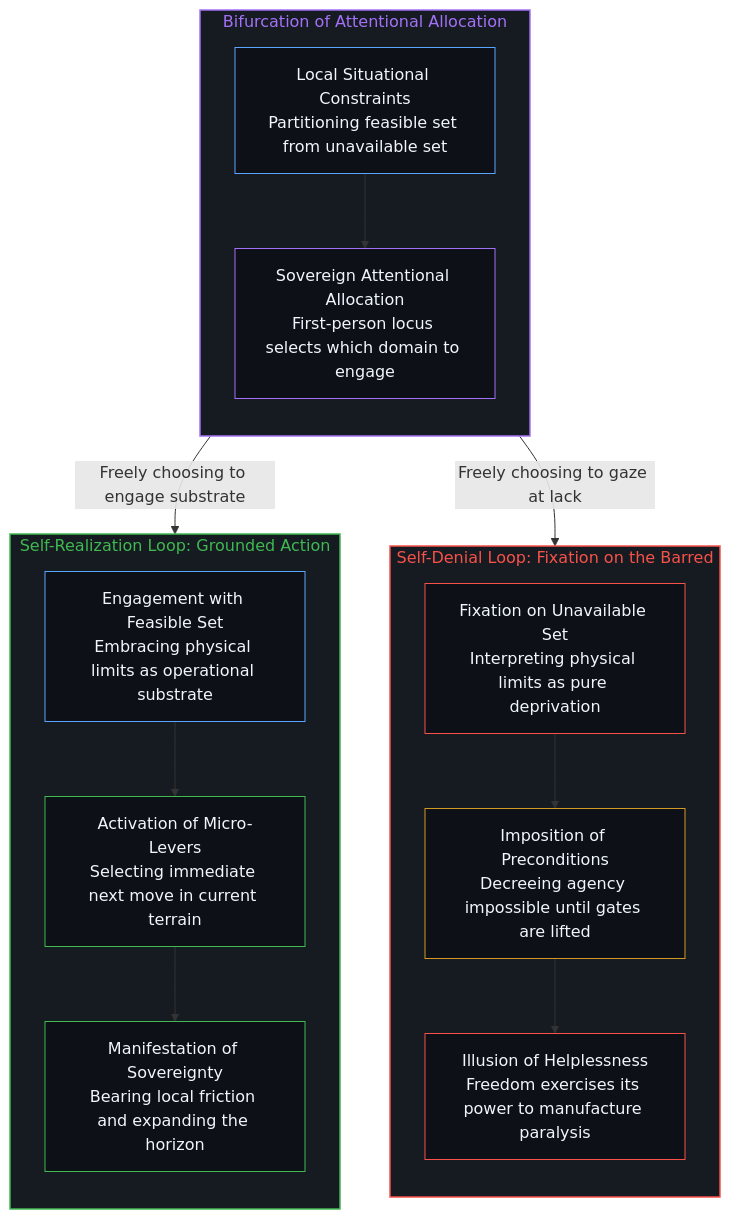
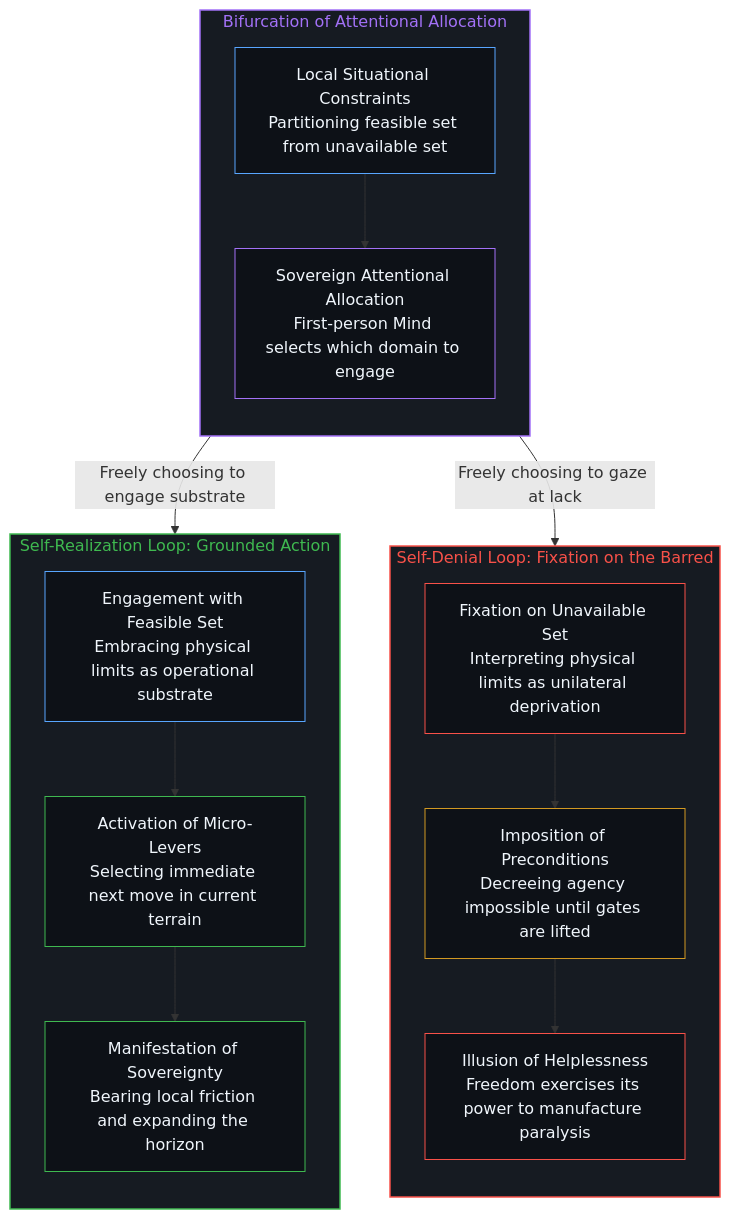
One commit to powerpig99/not-a-toe changed the fourth of 4 diagrams in content/posts/the-substrate-of-constraint-and-the-self-denial-of-freedom.md. Above: the diagram before and after it, drawn with Mermaid. The commit also changed other lines of this file and 2 other files, not shown here.

Commit message:
Deep Sleep Batch 12: consolidate the-fermi-paradox-reified-agency-and-the-great-filter & the-substrate-of-constraint-and-the-self-denial-of-freedom

````diff
--- a/content/posts/the-substrate-of-constraint-and-the-self-denial-of-freedom.md
+++ b/content/posts/the-substrate-of-constraint-and-the-self-denial-of-freedom.md
@@ -135,35 +122,30 @@
 ```mermaid
 graph TD
     subgraph S_Bifurcation ["Bifurcation of Attentional Allocation"]
         direction TB
-        B1["Local Situational Constraints<br/>Partitioning feasible set from unavailable set"] --> B2["Sovereign Attentional Allocation<br/>First-person locus selects which domain to engage"]
+        B1["Local Situational Constraints<br/>Partitioning feasible set from unavailable set"] --> B2["Sovereign Attentional Allocation<br/>First-person Mind selects which domain to engage"]
     end
-
     subgraph S_SelfDenial ["Self-Denial Loop: Fixation on the Barred"]
         direction TB
-        D1["Fixation on Unavailable Set<br/>Interpreting physical limits as pure deprivation"] --> D2["Imposition of Preconditions<br/>Decreeing agency impossible until gates are lifted"]
+        D1["Fixation on Unavailable Set<br/>Interpreting physical limits as unilateral deprivation"] --> D2["Imposition of Preconditions<br/>Decreeing agency impossible until gates are lifted"]
         D2 --> D3["Illusion of Helplessness<br/>Freedom exercises its power to manufacture paralysis"]
     end
-
     subgraph S_SelfRealization ["Self-Realization Loop: Grounded Action"]
         direction TB
         R1["Engagement with Feasible Set<br/>Embracing physical limits as operational substrate"] --> R2["Activation of Micro-Levers<br/>Selecting immediate next move in current terrain"]
         R2 --> R3["Manifestation of Sovereignty<br/>Bearing local friction and expanding the horizon"]
     end
-
     B2 -->|"Freely choosing to gaze at lack"| D1
     B2 -->|"Freely choosing to engage substrate"| R1
-
     style S_Bifurcation fill:#161b22,stroke:#a371f7,stroke-width:1.5px,color:#a371f7
     style S_SelfDenial fill:#161b22,stroke:#f85149,stroke-width:1.5px,color:#f85149
     style S_SelfRealization fill:#161b22,stroke:#3fb950,stroke-width:1.5px,color:#3fb950
-
     style B1 fill:#0d1117,stroke:#58a6ff,stroke-width:1px,color:#f0f6fc
     style B2 fill:#0d1117,stroke:#a371f7,stroke-width:1px,color:#f0f6fc
     style D1 fill:#0d1117,stroke:#f85149,stroke-width:1px,color:#f0f6fc
     style D2 fill:#0d1117,stroke:#d29922,stroke-width:1px,color:#f0f6fc
     style D3 fill:#0d1117,stroke:#f85149,stroke-width:1px,color:#f0f6fc
     style R1 fill:#0d1117,stroke:#58a6ff,stroke-width:1px,color:#f0f6fc
     style R2 fill:#0d1117,stroke:#3fb950,stroke-width:1px,color:#f0f6fc
     style R3 fill:#0d1117,stroke:#3fb950,stroke-width:1px,color:#f0f6fc
 ```
````
